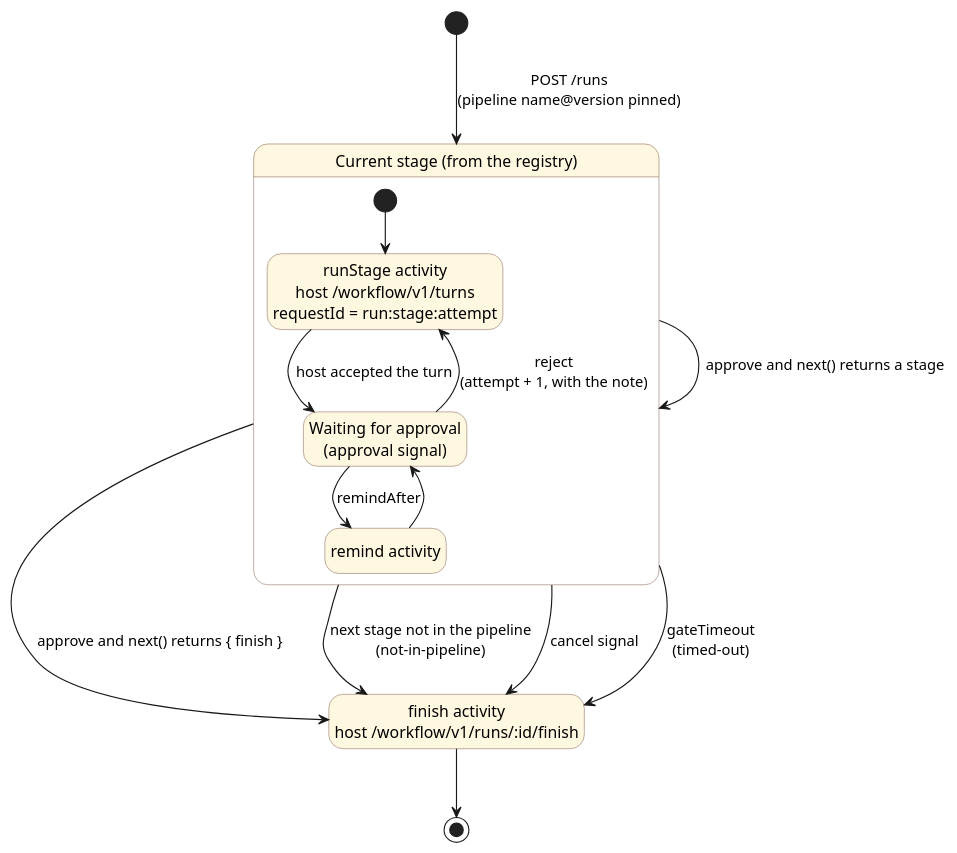
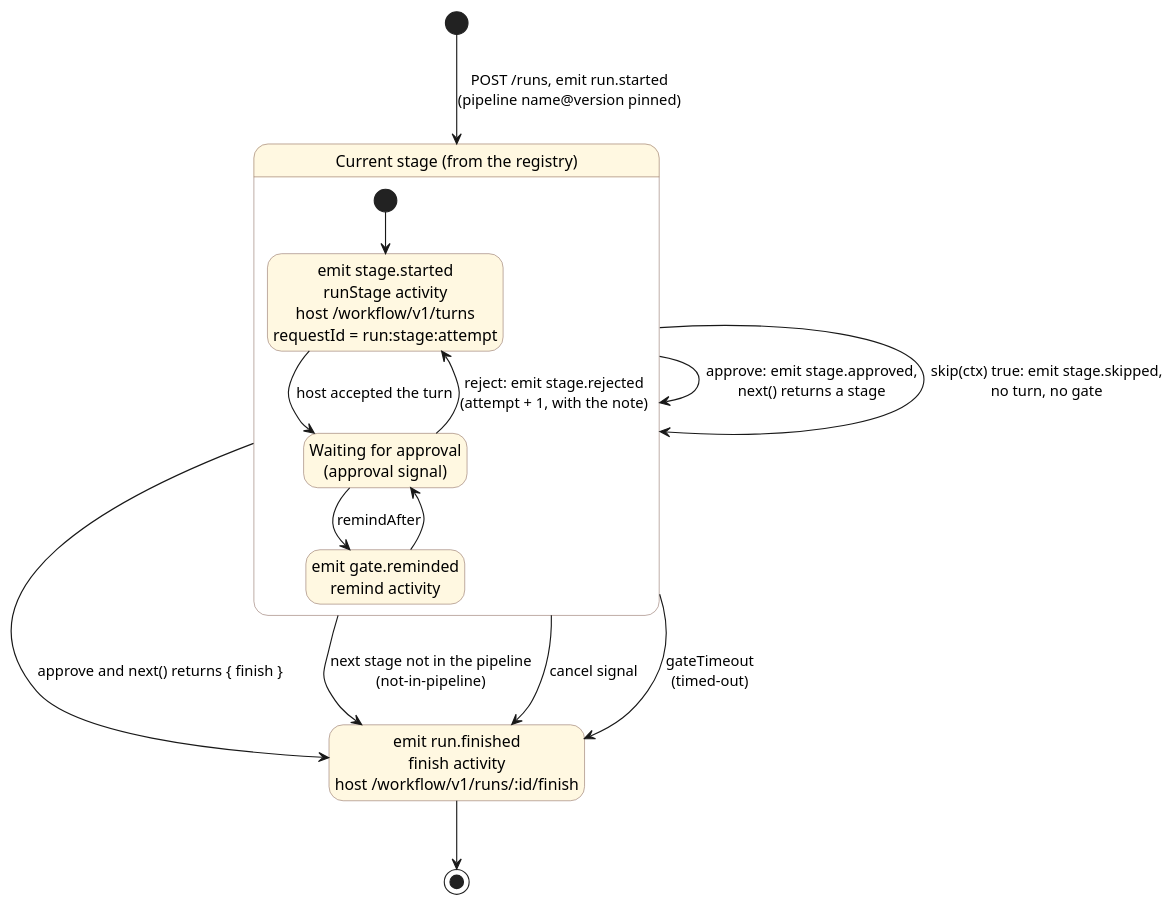
The diagram in docs/diagrams/engine-states.puml (fauzanqadri/factory), drawn with PlantUML before and after one commit. The commit also changed 11 other files, not shown here.

First line of the commit message:
feat: stage hooks: event hooks via registry.on, decision hook skip

```diff
--- a/docs/diagrams/engine-states.puml
+++ b/docs/diagrams/engine-states.puml
@@ -1,33 +1,34 @@
 @startuml engine-states
 ' Inside one run of the pipeline workflow. Every box is a step in the same
 ' workflow execution; stages never start child workflows.
 skinparam shadowing false
 skinparam defaultFontName Helvetica
 skinparam state {
   BackgroundColor #FFF8E1
   BorderColor #8D6E63
 }
 hide empty description
 
-[*] --> Stage : POST /runs\n(pipeline name@version pinned)
+[*] --> Stage : POST /runs, emit run.started\n(pipeline name@version pinned)
 
 state "Current stage (from the registry)" as Stage {
-  state "runStage activity\nhost /workflow/v1/turns\nrequestId = run:stage:attempt" as Run
+  state "emit stage.started\nrunStage activity\nhost /workflow/v1/turns\nrequestId = run:stage:attempt" as Run
   state "Waiting for approval\n(approval signal)" as Wait
-  state "remind activity" as Remind
+  state "emit gate.reminded\nremind activity" as Remind
   [*] --> Run
   Run --> Wait : host accepted the turn
   Wait --> Remind : remindAfter
   Remind --> Wait
-  Wait --> Run : reject\n(attempt + 1, with the note)
+  Wait --> Run : reject: emit stage.rejected\n(attempt + 1, with the note)
 }
 
-Stage --> Stage : approve and next() returns a stage
+Stage --> Stage : approve: emit stage.approved,\nnext() returns a stage
+Stage --> Stage : skip(ctx) true: emit stage.skipped,\nno turn, no gate
 Stage --> Finish : approve and next() returns { finish }
 Stage --> Finish : next stage not in the pipeline\n(not-in-pipeline)
 Stage --> Finish : cancel signal
 Stage --> Finish : gateTimeout\n(timed-out)
 
-state "finish activity\nhost /workflow/v1/runs/:id/finish" as Finish
+state "emit run.finished\nfinish activity\nhost /workflow/v1/runs/:id/finish" as Finish
 Finish --> [*]
 @enduml
```
